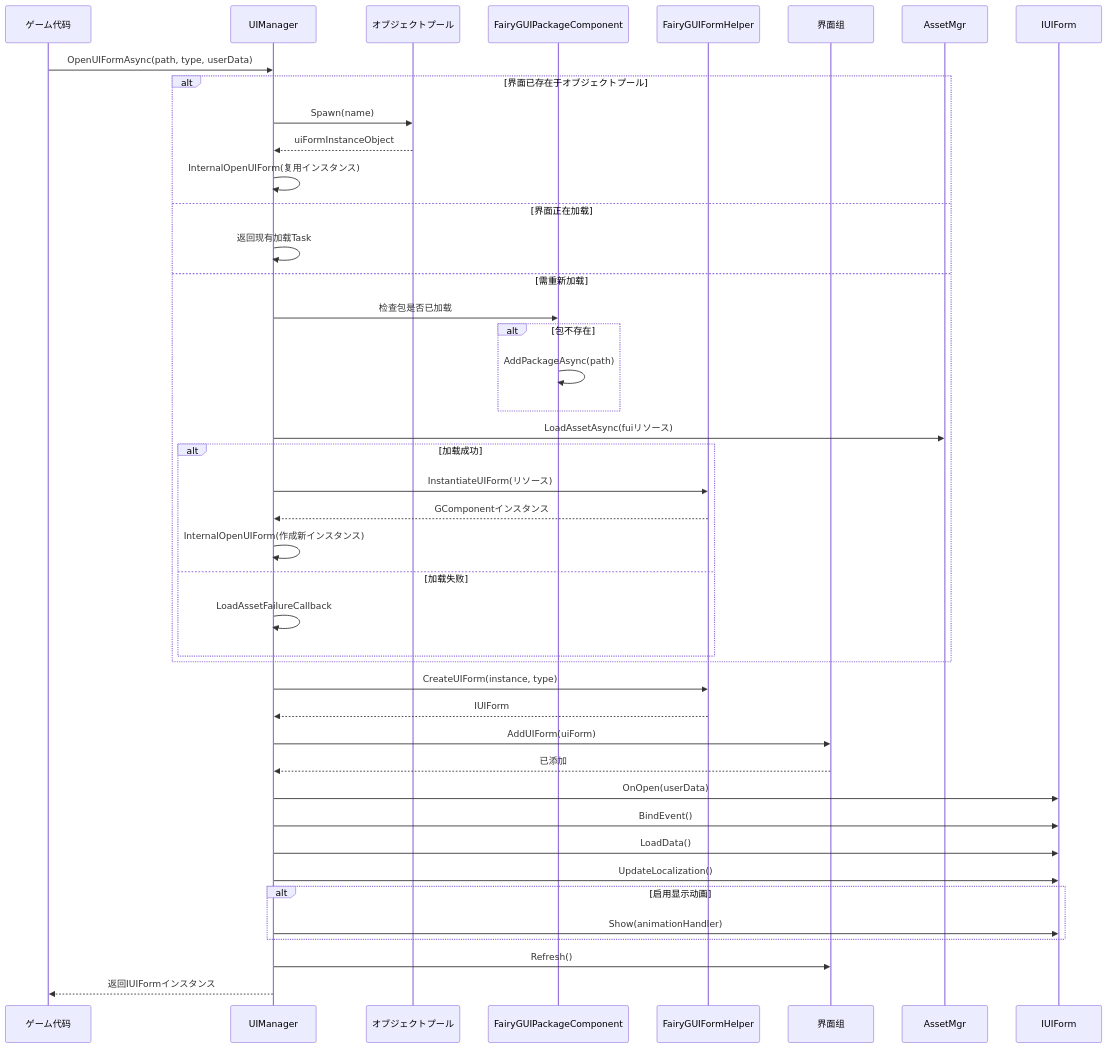
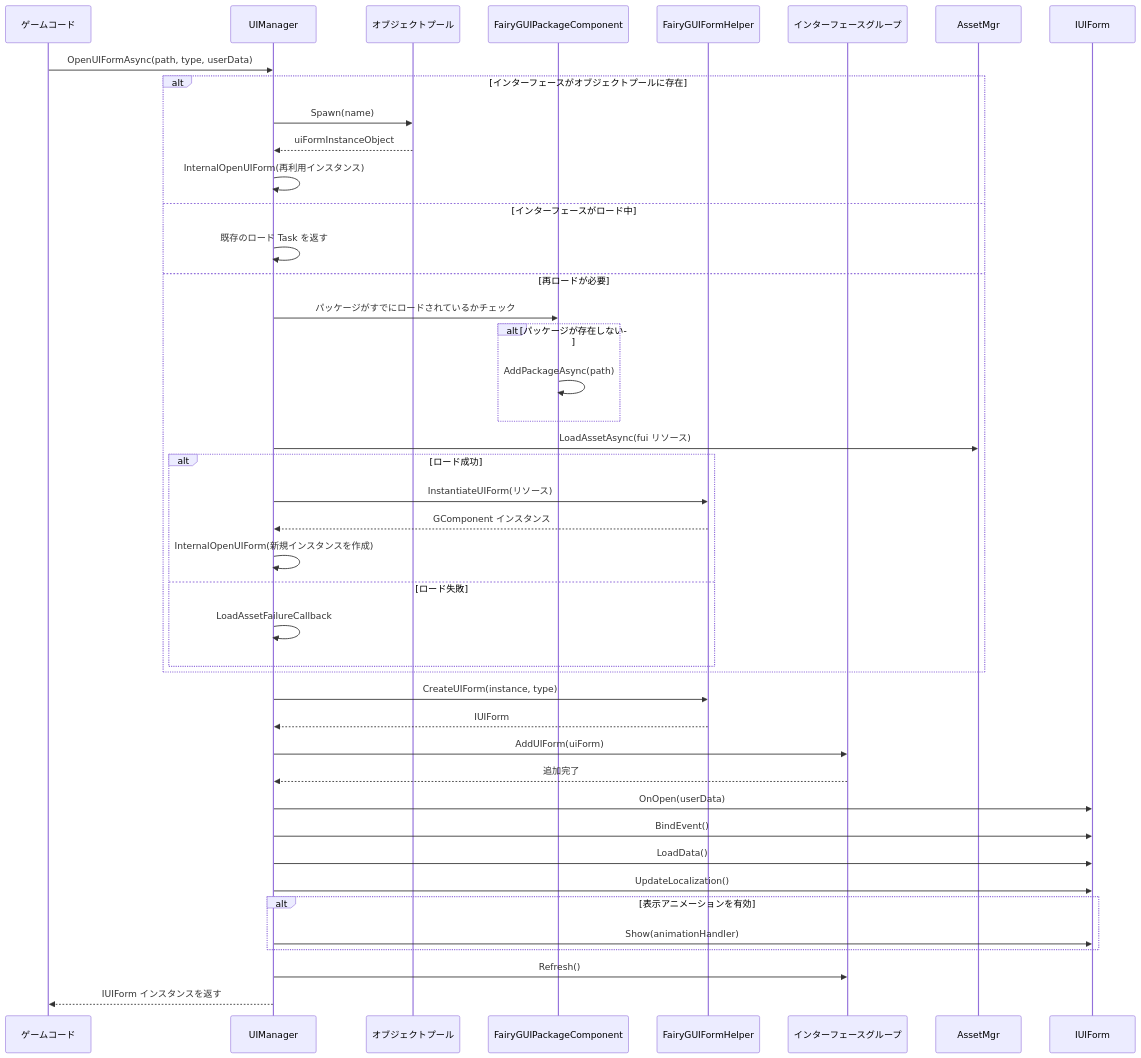
One commit to AlianBlank/GameFrameX.Docs changed the second of 3 diagrams in docs/ja/client/unity/component/ui-fairygui/08.ui-manager.md. Above: the diagram before and after it, drawn with Mermaid. The commit also changed other lines of this file and 320 other files, not shown here.

````diff
--- a/docs/ja/client/unity/component/ui-fairygui/08.ui-manager.md
+++ b/docs/ja/client/unity/component/ui-fairygui/08.ui-manager.md
@@ -89,52 +89,52 @@
 ```mermaid
 sequenceDiagram
-    participant Game as ゲーム代码
+    participant Game as ゲームコード
     participant UIMgr as UIManager
     participant Pool as オブジェクトプール
     participant Package as FairyGUIPackageComponent
     participant FormHelper as FairyGUIFormHelper
-    participant UIGroup as 界面组
+    participant UIGroup as インターフェースグループ
 
     Game->>UIMgr: OpenUIFormAsync(path, type, userData)
-    
-    alt 界面已存在于オブジェクトプール
+
+    alt インターフェースがオブジェクトプールに存在
         UIMgr->>Pool: Spawn(name)
         Pool-->>UIMgr: uiFormInstanceObject
-        UIMgr->>UIMgr: InternalOpenUIForm(复用インスタンス)
-    else 界面正在加载
-        UIMgr->>UIMgr: 返回现有加载Task
-    else 需重新加载
-        UIMgr->>Package: 检查包是否已加载
-        alt 包不存在
+        UIMgr->>UIMgr: InternalOpenUIForm(再利用インスタンス)
+    else インターフェースがロード中
+        UIMgr->>UIMgr: 既存のロード Task を返す
+    else 再ロードが必要
+        UIMgr->>Package: パッケージがすでにロードされているかチェック
+        alt パッケージが存在しない
             Package->>Package: AddPackageAsync(path)
         end
-        
-        UIMgr->>AssetMgr: LoadAssetAsync(fuiリソース)
-        
-        alt 加载成功
+
+        UIMgr->>AssetMgr: LoadAssetAsync(fui リソース)
+
+        alt ロード成功
             UIMgr->>FormHelper: InstantiateUIForm(リソース)
-            FormHelper-->>UIMgr: GComponentインスタンス
-            UIMgr->>UIMgr: InternalOpenUIForm(作成新インスタンス)
-        else 加载失败
+            FormHelper-->>UIMgr: GComponent インスタンス
+            UIMgr->>UIMgr: InternalOpenUIForm(新規インスタンスを作成)
+        else ロード失敗
             UIMgr->>UIMgr: LoadAssetFailureCallback
         end
     end
-    
+
     UIMgr->>FormHelper: CreateUIForm(instance, type)
     FormHelper-->>UIMgr: IUIForm
-    
+
     UIMgr->>UIGroup: AddUIForm(uiForm)
-    UIGroup-->>UIMgr: 已添加
-    
+    UIGroup-->>UIMgr: 追加完了
+
     UIMgr->>IUIForm: OnOpen(userData)
     UIMgr->>IUIForm: BindEvent()
     UIMgr->>IUIForm: LoadData()
     UIMgr->>IUIForm: UpdateLocalization()
-    
-    alt 启用显示动画
+
+    alt 表示アニメーションを有効
         UIMgr->>IUIForm: Show(animationHandler)
     end
-    
+
     UIMgr->>UIGroup: Refresh()
-    UIMgr-->>Game: 返回IUIFormインスタンス
+    UIMgr-->>Game: IUIForm インスタンスを返す
 ```
````
